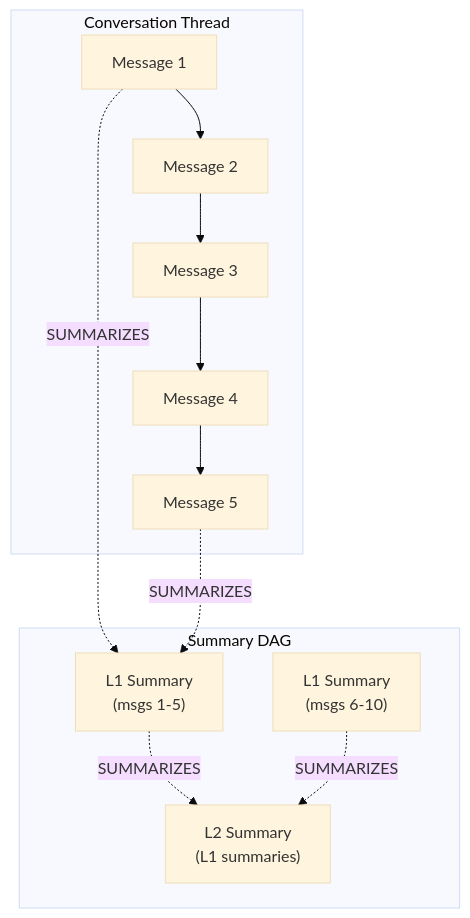
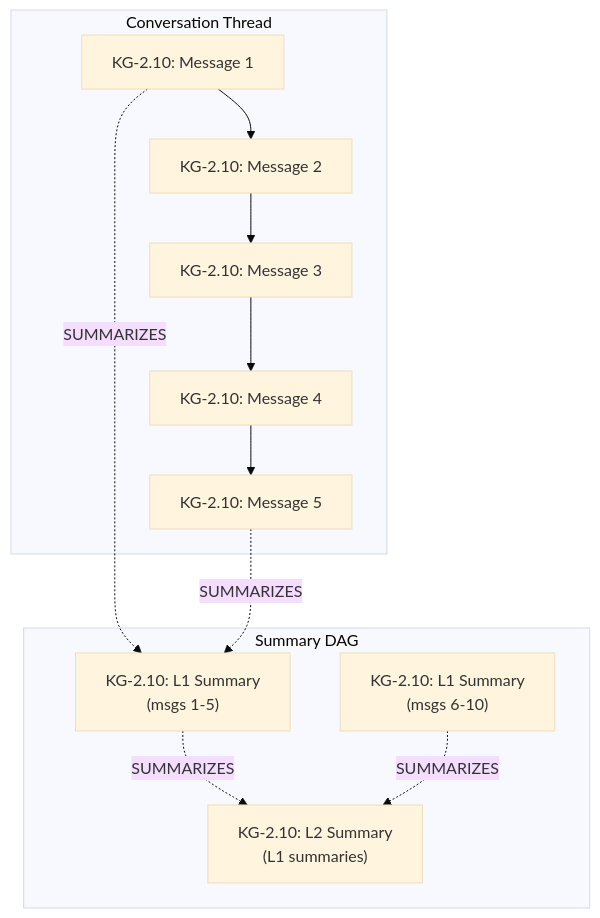
One commit to Knuckles-Team/agent-utilities changed the diagram in docs/guides/lcm_memory.md. Above: the diagram before and after it, drawn with Mermaid (base theme). The commit also changed 325 other files, not shown here.

````diff
--- a/docs/guides/lcm_memory.md
+++ b/docs/guides/lcm_memory.md
@@ -13,20 +13,20 @@
 ```mermaid
 flowchart TD
     subgraph Thread["Conversation Thread"]
-        M1[Message 1] --> M2[Message 2]
-        M2 --> M3[Message 3]
-        M3 --> M4[Message 4]
-        M4 --> M5[Message 5]
+        M1[KG-2.10: Message 1] --> M2[KG-2.10: Message 2]
+        M2 --> M3[KG-2.10: Message 3]
+        M3 --> M4[KG-2.10: Message 4]
+        M4 --> M5[KG-2.10: Message 5]
     end
 
     subgraph DAG["Summary DAG"]
-        S1["L1 Summary\n(msgs 1-5)"]
-        S2["L1 Summary\n(msgs 6-10)"]
-        S3["L2 Summary\n(L1 summaries)"]
+        S1["KG-2.10: L1 Summary\n(msgs 1-5)"]
+        S2["KG-2.10: L1 Summary\n(msgs 6-10)"]
+        S3["KG-2.10: L2 Summary\n(L1 summaries)"]
     end
 
     M1 -.->|SUMMARIZES| S1
     M5 -.->|SUMMARIZES| S1
     S1 -.->|SUMMARIZES| S3
     S2 -.->|SUMMARIZES| S3
 ```
````
